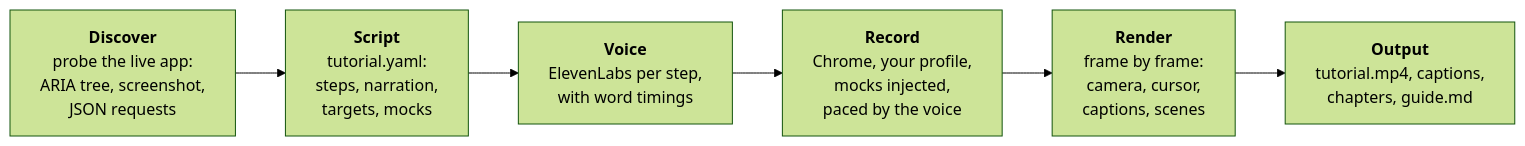
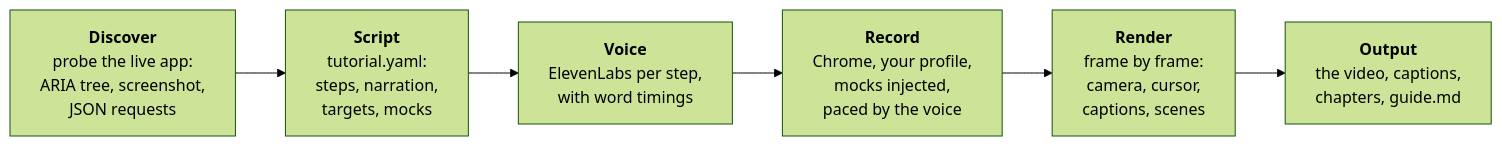
The diagram in README.md (cberd1509/showhow), drawn with Mermaid (forest theme) before and after one commit. The commit also changed other lines of this file and 102 other files, not shown here.

````diff
--- a/README.md
+++ b/README.md
@@ -15,10 +40,10 @@
 ```mermaid
 flowchart LR
   A["<b>Discover</b><br/>probe the live app:<br/>ARIA tree, screenshot,<br/>JSON requests"]
   B["<b>Script</b><br/>tutorial.yaml:<br/>steps, narration,<br/>targets, mocks"]
   C["<b>Voice</b><br/>ElevenLabs per step,<br/>with word timings"]
   D["<b>Record</b><br/>Chrome, your profile,<br/>mocks injected,<br/>paced by the voice"]
   E["<b>Render</b><br/>frame by frame:<br/>camera, cursor,<br/>captions, scenes"]
-  F["<b>Output</b><br/>tutorial.mp4, captions,<br/>chapters, guide.md"]
+  F["<b>Output</b><br/>the video, captions,<br/>chapters, guide.md"]
   A --> B --> C --> D --> E --> F
 ```
````
